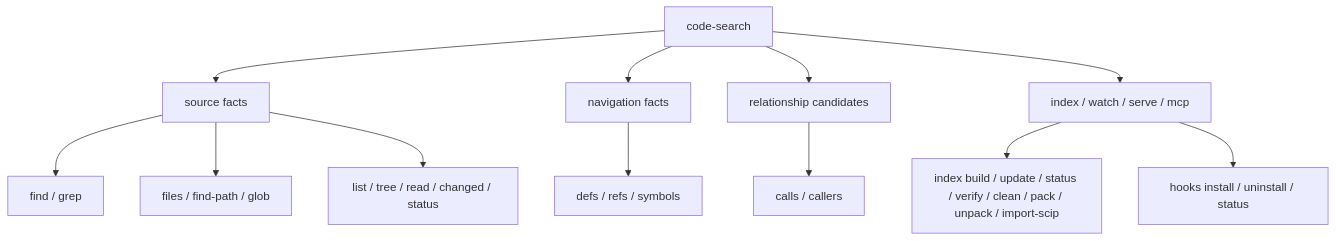
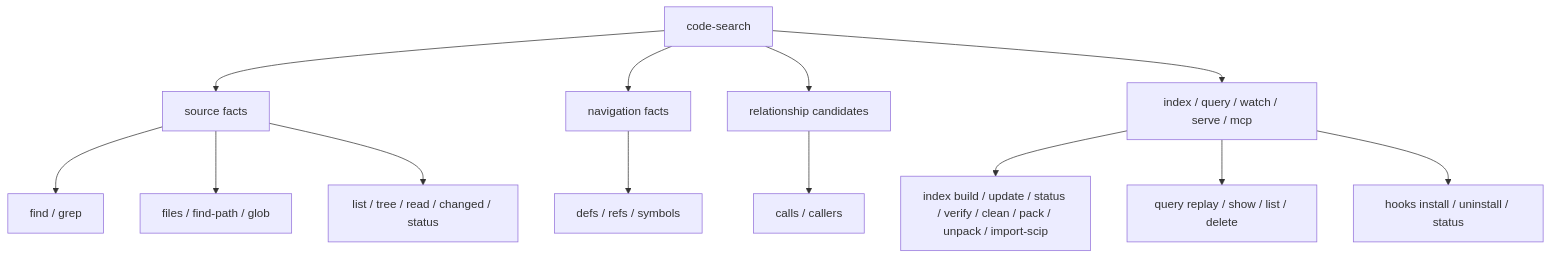
The first of 2 diagrams in docs/02-command-contract.md (mars167/CodeTrail), drawn with Mermaid before and after one commit. The commit also changed other lines of this file and 4 other files, not shown here.

````diff
--- a/docs/02-command-contract.md
+++ b/docs/02-command-contract.md
@@ -7,15 +7,16 @@
 ```mermaid
 flowchart TB
   CS["code-search"] --> L0["source facts"]
   CS --> L1["navigation facts"]
   CS --> L2["relationship candidates"]
-  CS --> Ops["index / watch / serve / mcp"]
+  CS --> Ops["index / query / watch / serve / mcp"]
 
   L0 --> Search["find / grep"]
   L0 --> Paths["files / find-path / glob"]
   L0 --> Read["list / tree / read / changed / status"]
   L1 --> Nav["defs / refs / symbols"]
   L2 --> Calls["calls / callers"]
   Ops --> Index["index build / update / status / verify / clean / pack / unpack / import-scip"]
+  Ops --> Query["query replay / show / list / delete"]
   Ops --> Hooks["hooks install / uninstall / status"]
 ```
````
